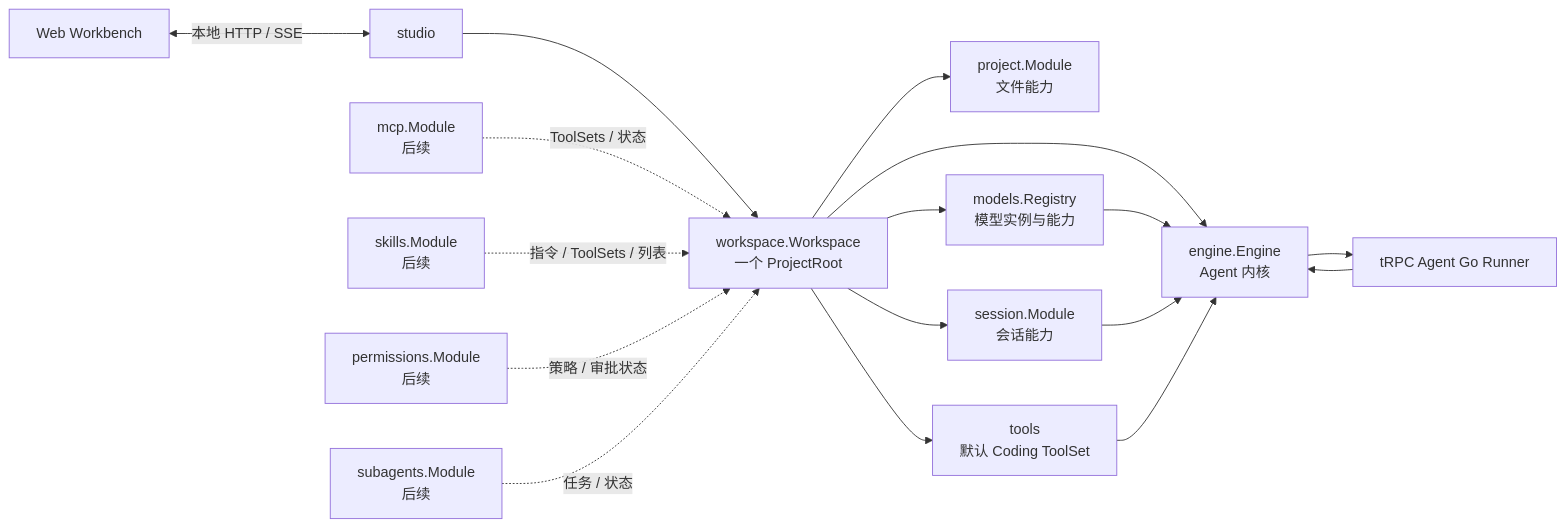
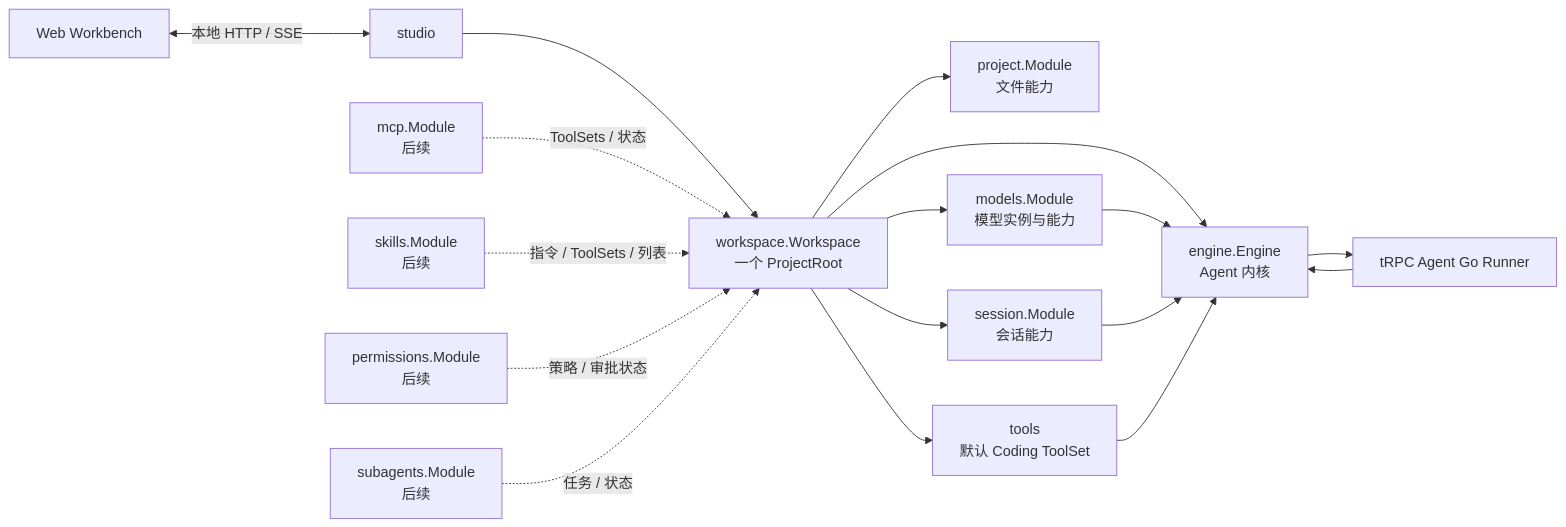
One commit to lucy971326/EDITH changed the first of 2 diagrams in edith-studio/docs/architecture/架构设计.md. Above: the diagram before and after it, drawn with Mermaid. The commit also changed other lines of this file and 22 other files, not shown here.

First line of the commit message:
feat(studio): 完善模型配置与工作台交互 / refine model configuration and workbench flow

````diff
--- a/edith-studio/docs/architecture/架构设计.md
+++ b/edith-studio/docs/architecture/架构设计.md
@@ -125,22 +125,22 @@
 ```mermaid
 flowchart LR
     Web["Web Workbench"] <-->|"本地 HTTP / SSE"| Studio["studio"]
     Studio --> Workspace["workspace.Workspace\n一个 ProjectRoot"]
 
     Workspace --> Engine["engine.Engine\nAgent 内核"]
     Workspace --> Project["project.Module\n文件能力"]
     Workspace --> Sessions["session.Module\n会话能力"]
-    Workspace --> Models["models.Registry\n模型实例与能力"]
+    Workspace --> Models["models.Module\n模型实例与能力"]
     Workspace --> Tools["tools\n默认 Coding ToolSet"]
 
     Models --> Engine
     Sessions --> Engine
     Tools --> Engine
     Engine --> Runner["tRPC Agent Go Runner"]
     Runner --> Engine
 
     MCP["mcp.Module\n后续"] -. "ToolSets / 状态" .-> Workspace
     Skills["skills.Module\n后续"] -. "指令 / ToolSets / 列表" .-> Workspace
     Permissions["permissions.Module\n后续"] -. "策略 / 审批状态" .-> Workspace
     Subagents["subagents.Module\n后续"] -. "任务 / 状态" .-> Workspace
 ```
````
